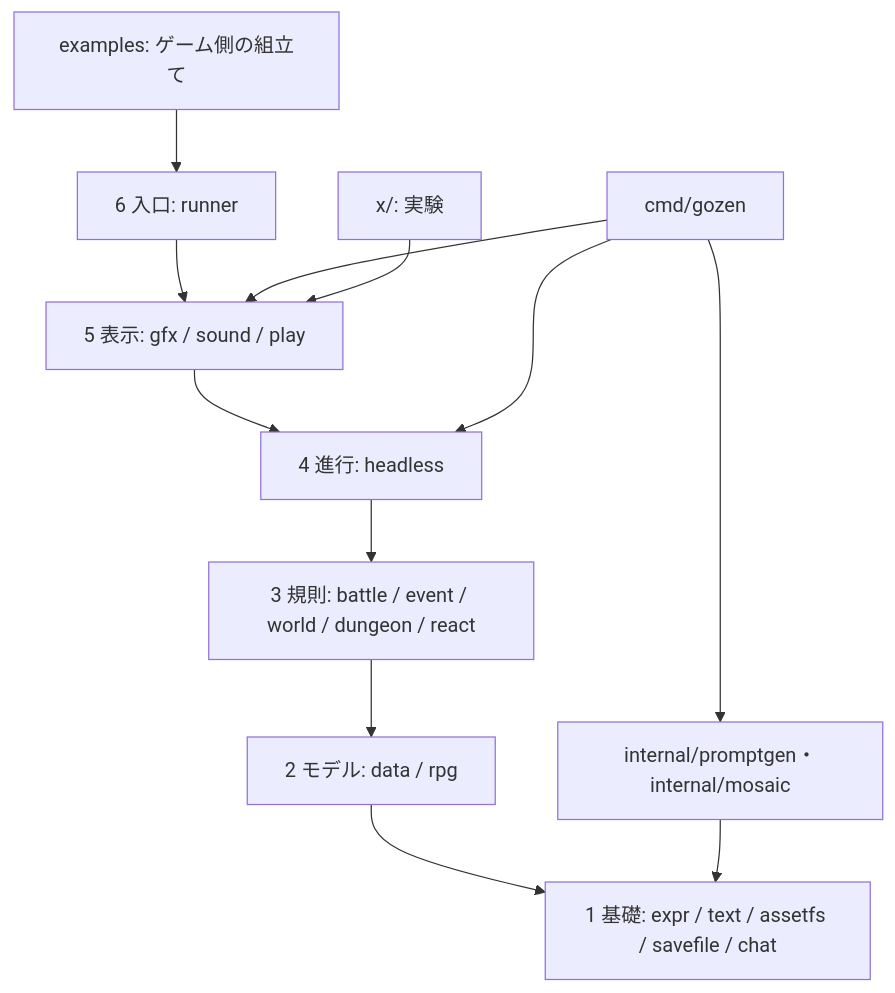
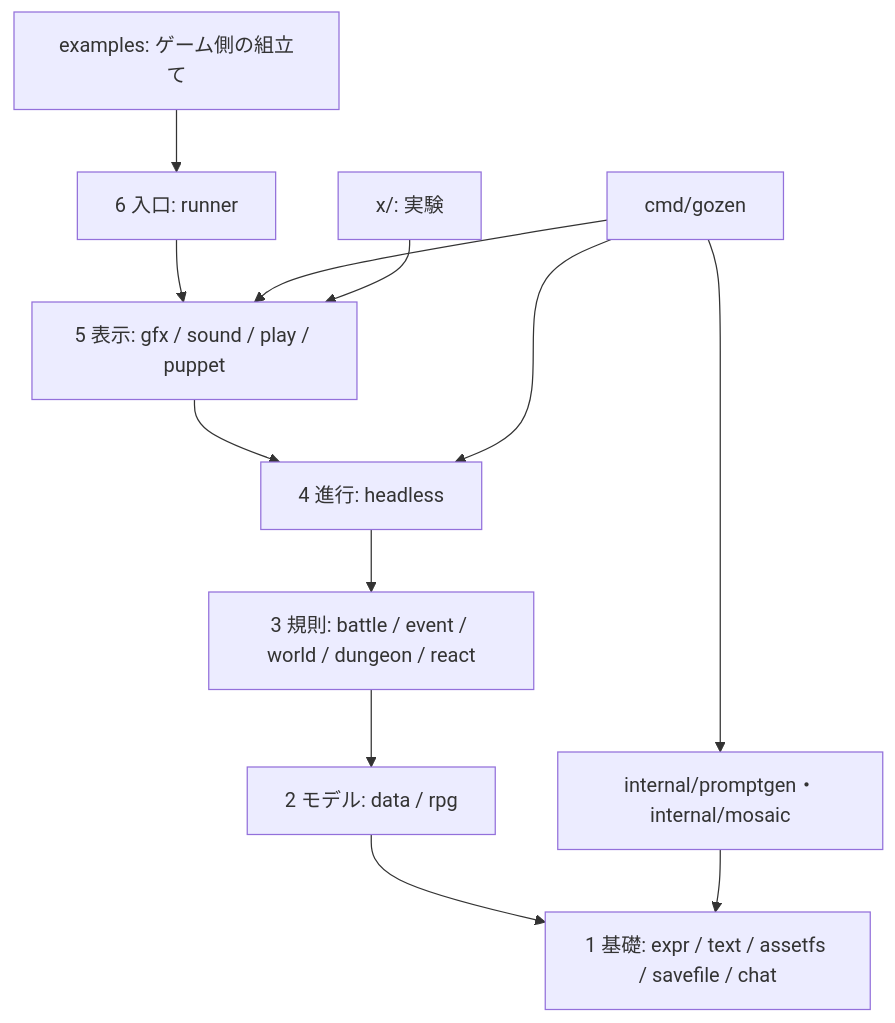
One commit to nao1215/gozen changed the diagram in docs/architecture/overview.md. Above: the diagram before and after it, drawn with Mermaid. The commit also changed other lines of this file and 12 other files, not shown here.

````diff
--- a/docs/architecture/overview.md
+++ b/docs/architecture/overview.md
@@ -11,14 +11,14 @@
 ```mermaid
 flowchart TB
-  L6["6 入口: runner"] --> L5["5 表示: gfx / sound / play"]
+  L6["6 入口: runner"] --> L5["5 表示: gfx / sound / play / puppet"]
   L5 --> L4["4 進行: headless"]
   L4 --> L3["3 規則: battle / event / world / dungeon / react"]
   L3 --> L2["2 モデル: data / rpg"]
   L2 --> L1["1 基礎: expr / text / assetfs / savefile / chat"]
   CLI["cmd/gozen"] --> L5
   CLI --> L4
   Example["examples: ゲーム側の組立て"] --> L6
   X["x/: 実験"] --> L5
   CLI --> Private["internal/promptgen・internal/mosaic"]
   Private --> L1
 ```
````
